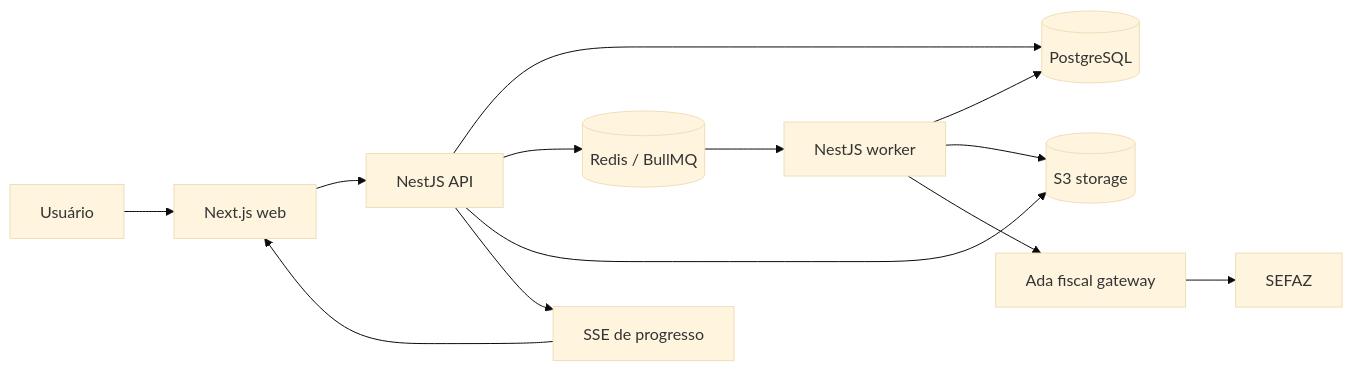
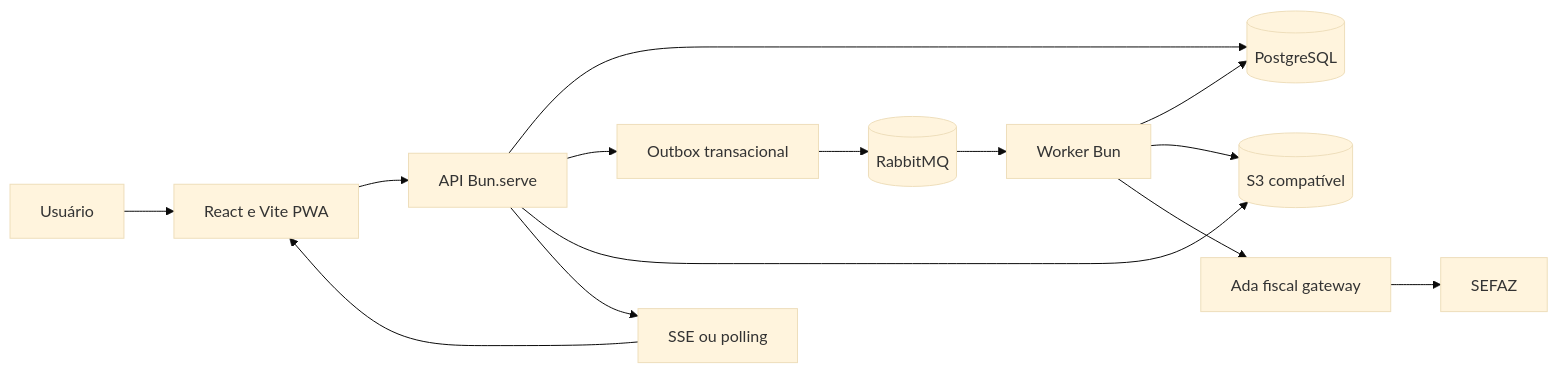
Before and after one commit to Andersonfrfilho/transportada: the diagram in docs/spec/architecture.md, drawn with Mermaid (base theme). The commit also changed other lines of this file and 10 other files, not shown here.

Commit message:
docs: adopt Bun foundation architecture

````diff
--- a/docs/spec/architecture.md
+++ b/docs/spec/architecture.md
@@ -8,15 +10,16 @@
 ```mermaid
 flowchart LR
-  U[Usuário] --> W[Next.js web]
-  W --> A[NestJS API]
+  U[Usuário] --> W[React e Vite PWA]
+  W --> A[API Bun.serve]
   A --> P[(PostgreSQL)]
-  A --> R[(Redis / BullMQ)]
-  R --> K[NestJS worker]
+  A --> O[Outbox transacional]
+  O --> Q[(RabbitMQ)]
+  Q --> K[Worker Bun]
   K --> P
-  A --> S[(S3 storage)]
+  A --> S[(S3 compatível)]
   K --> S
   K --> F[Ada fiscal gateway]
   F --> X[SEFAZ]
-  A --> E[SSE de progresso]
+  A --> E[SSE ou polling]
   E --> W
 ```
````
